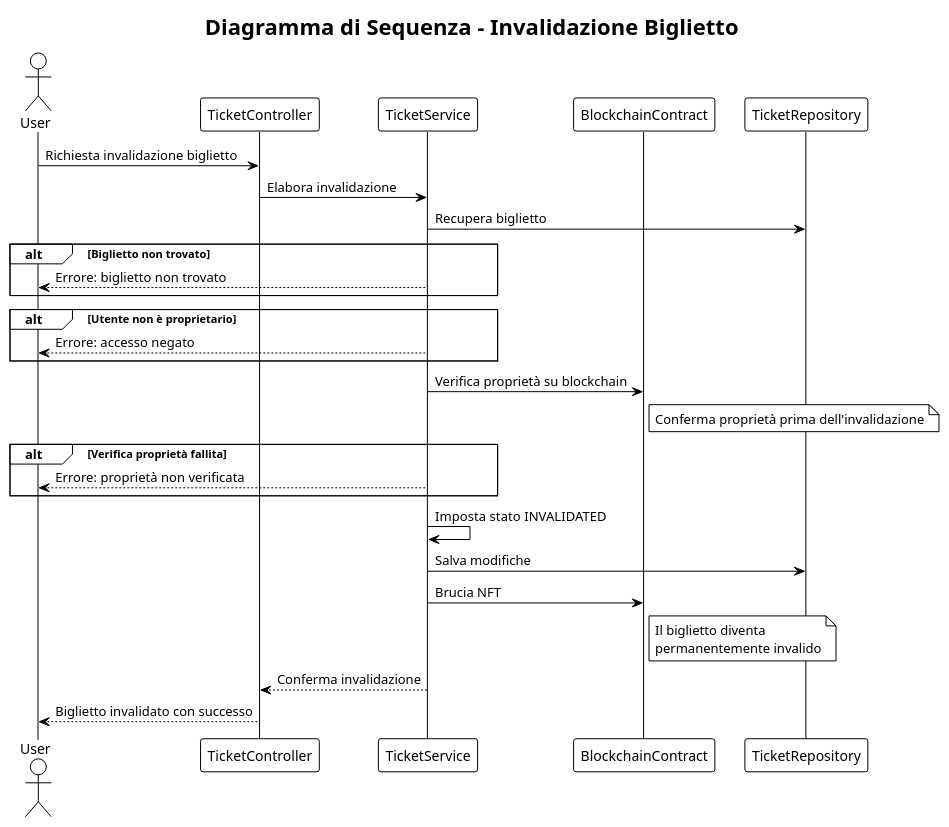
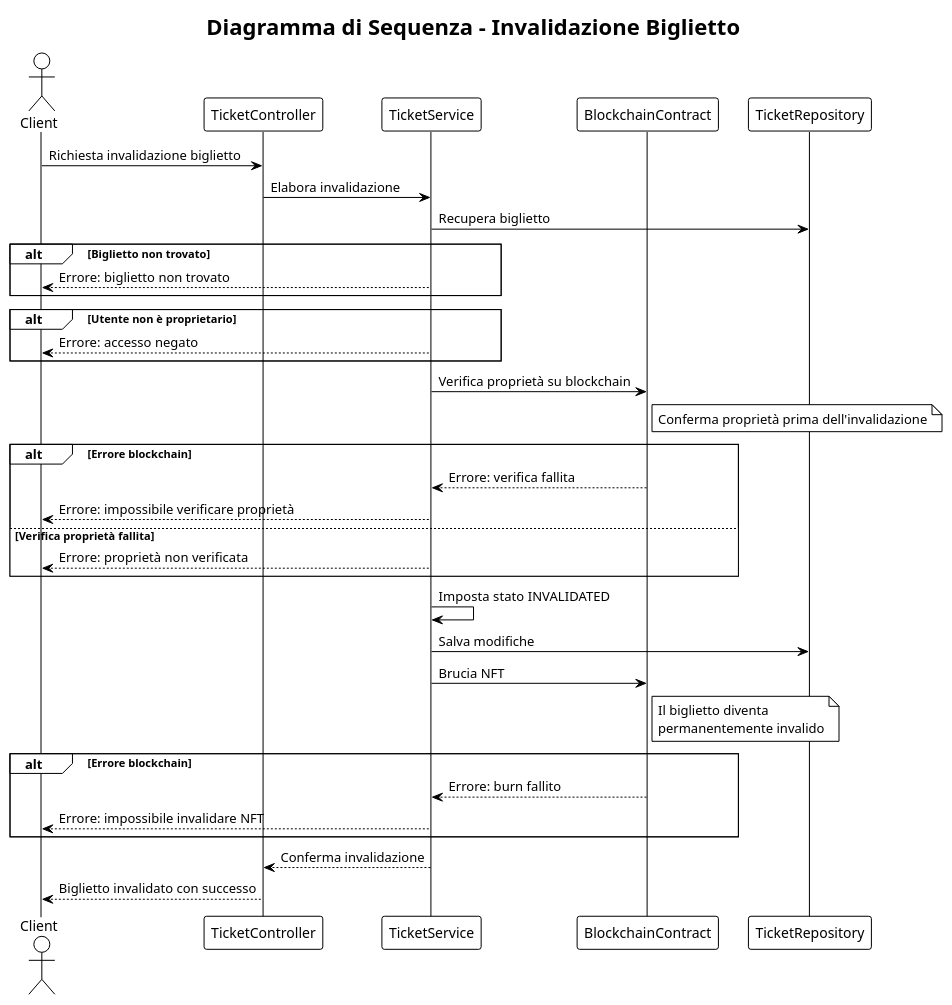
Before and after one commit to s-lusito/TicketBlock-Ing_Sw: the diagram in docs/plantuml/sequence-ticket-invalidation.puml, drawn with PlantUML. The commit also changed 14 other files, not shown here.

Commit message:
Update diagrams: Client actor, blockchain errors, and add frontend class diagram

```diff
--- a/docs/plantuml/sequence-ticket-invalidation.puml
+++ b/docs/plantuml/sequence-ticket-invalidation.puml
@@ -1,40 +1,46 @@
 @startuml Invalidazione Biglietto
 !theme plain
 title Diagramma di Sequenza - Invalidazione Biglietto
 
-actor User
+actor Client
 participant TicketController
 participant TicketService
 participant BlockchainContract
 participant TicketRepository
 
-User -> TicketController: Richiesta invalidazione biglietto
+Client -> TicketController: Richiesta invalidazione biglietto
 TicketController -> TicketService: Elabora invalidazione
 
 TicketService -> TicketRepository: Recupera biglietto
 
 alt Biglietto non trovato
-    TicketService --> User: Errore: biglietto non trovato
+    TicketService --> Client: Errore: biglietto non trovato
 end
 
 alt Utente non è proprietario
-    TicketService --> User: Errore: accesso negato
+    TicketService --> Client: Errore: accesso negato
 end
 
 TicketService -> BlockchainContract: Verifica proprietà su blockchain
 note right of BlockchainContract: Conferma proprietà prima dell'invalidazione
-
-alt Verifica proprietà fallita
-    TicketService --> User: Errore: proprietà non verificata
+alt Errore blockchain
+    BlockchainContract --> TicketService: Errore: verifica fallita
+    TicketService --> Client: Errore: impossibile verificare proprietà
+else Verifica proprietà fallita
+    TicketService --> Client: Errore: proprietà non verificata
 end
 
 TicketService -> TicketService: Imposta stato INVALIDATED
 TicketService -> TicketRepository: Salva modifiche
 
 TicketService -> BlockchainContract: Brucia NFT
 note right of BlockchainContract: Il biglietto diventa\npermanentemente invalido
+alt Errore blockchain
+    BlockchainContract --> TicketService: Errore: burn fallito
+    TicketService --> Client: Errore: impossibile invalidare NFT
+end
 
 TicketService --> TicketController: Conferma invalidazione
-TicketController --> User: Biglietto invalidato con successo
+TicketController --> Client: Biglietto invalidato con successo
 
 @enduml
```
